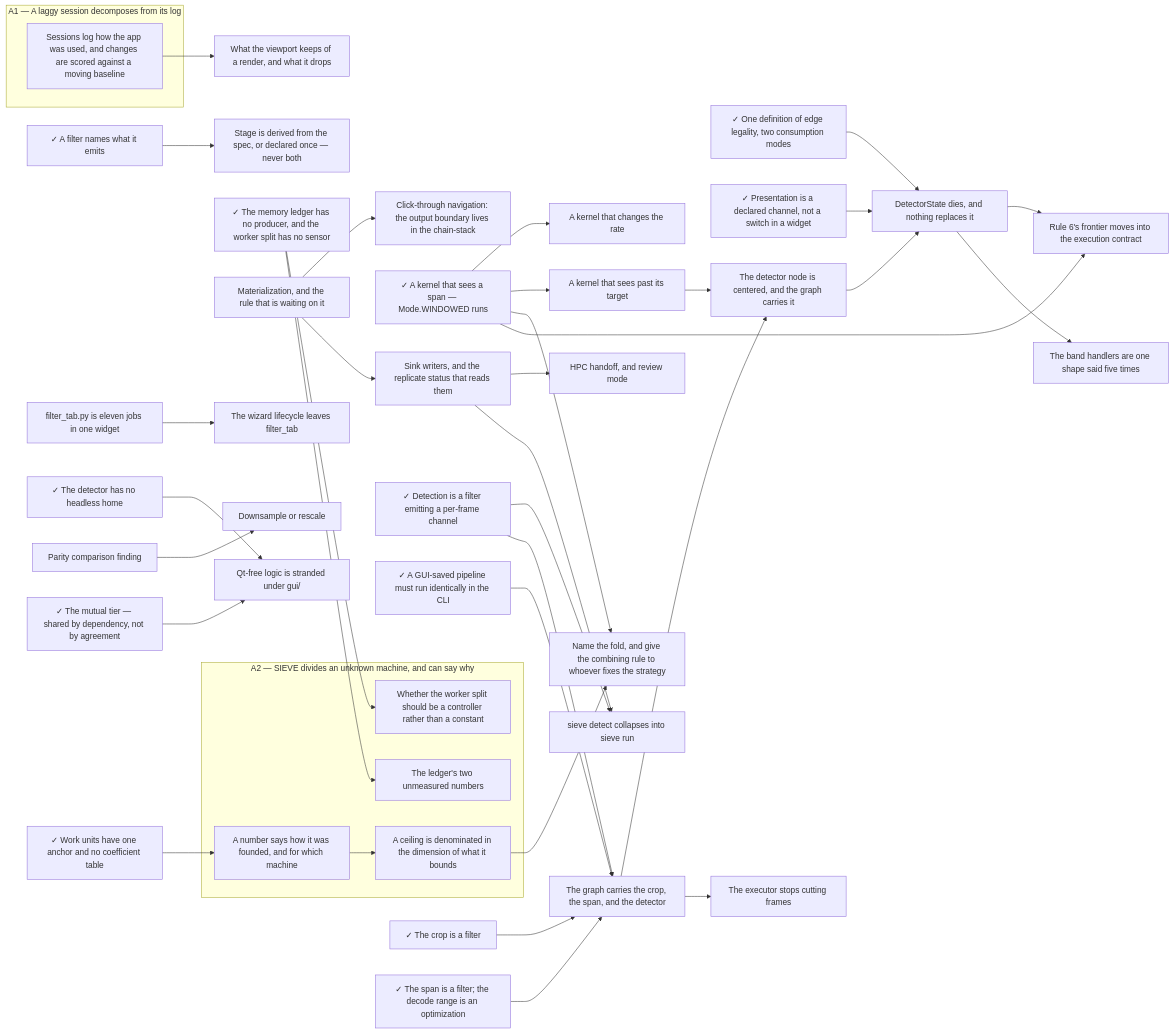
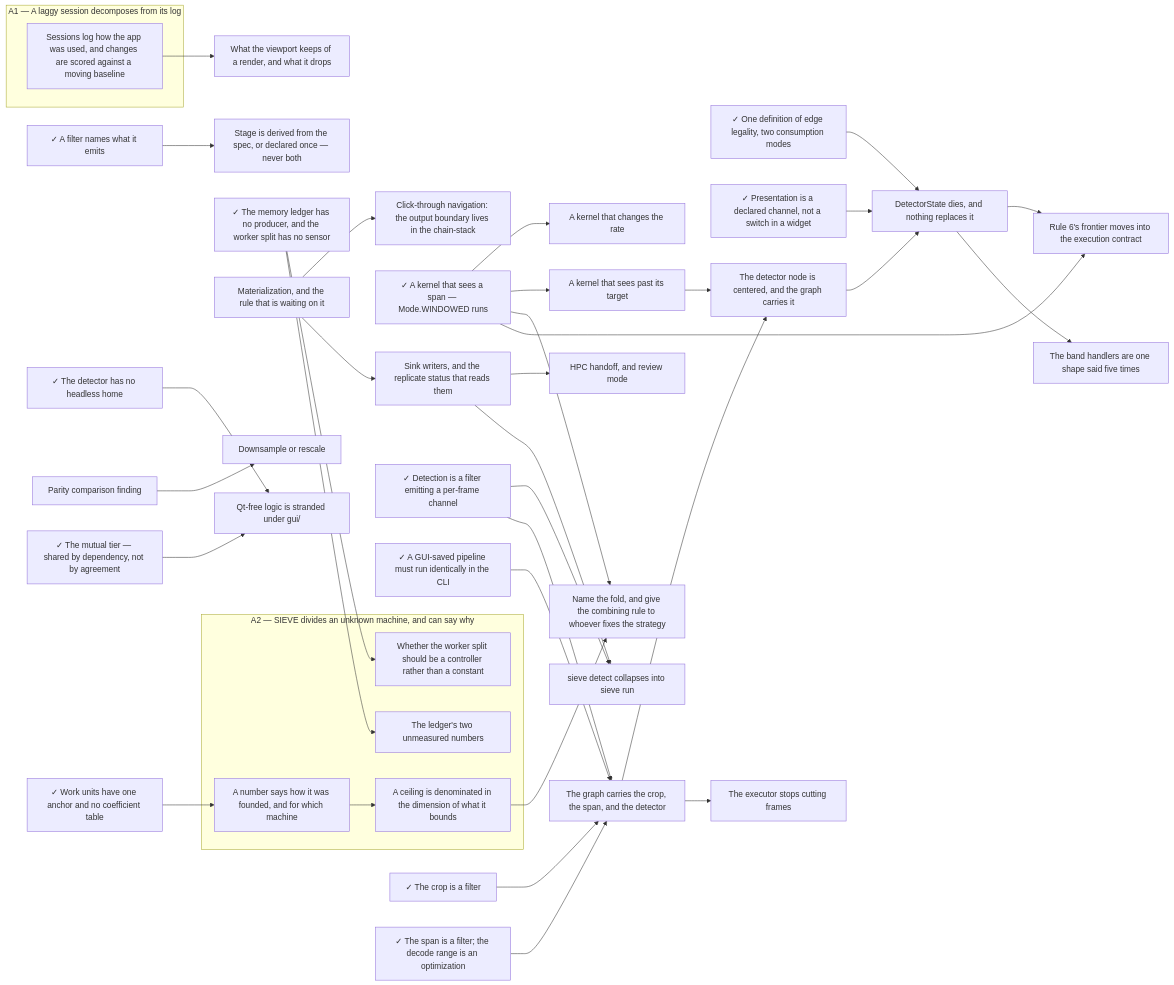
Before and after one commit to soulsynapse/antscihub-SIEVE: the diagram in docs/.state.md, drawn with Mermaid. The commit also changed other lines of this file and 9 other files, not shown here.

First line of the commit message:
refactor(the-wizard-lifecycle-leaves-filter-tab): move wizard lifecycle

````diff
--- a/docs/.state.md
+++ b/docs/.state.md
@@ -107,77 +105,74 @@
 ```mermaid
 graph LR
   subgraph A1["A1 — A laggy session decomposes from its log"]
       slow_path_surfacing["Sessions log how the app was used, and changes are scored against a moving baseline"]
   end
   subgraph A2["A2 — SIEVE divides an unknown machine, and can say why"]
       a_number_says_how_it_was_founded["A number says how it was founded, and for which machine"]
       adaptive_worker_allocation["Whether the worker split should be a controller rather than a constant"]
       ceilings_in_the_dimension_they_bound["A ceiling is denominated in the dimension of what it bounds"]
       ledger_measurements["The ledger's two unmeasured numbers"]
   end
     a_filter_names_what_it_emits["✓ A filter names what it emits"]
     a_kernel_that_changes_the_rate["A kernel that changes the rate"]
     a_kernel_that_sees_a_span["✓ A kernel that sees a span — Mode.WINDOWED runs"]
     a_kernel_that_sees_past_its_target["A kernel that sees past its target"]
     click_through_navigation["Click-through navigation: the output boundary lives in the chain-stack"]
     detection_is_a_filter["✓ Detection is a filter emitting a per-frame channel"]
     detector_state_dies["DetectorState dies, and nothing replaces it"]
     downsample_or_rescale["Downsample or rescale"]
-    filter_tab_is_eleven_jobs["filter_tab.py is eleven jobs in one widget"]
     gui_cli_execution_parity["✓ A GUI-saved pipeline must run identically in the CLI"]
     headless_detection["✓ The detector has no headless home"]
     hpc_handoff_and_review_mode["HPC handoff, and review mode"]
     ledger_producers["✓ The memory ledger has no producer, and the worker split has no sensor"]
     materialization["Materialization, and the rule that is waiting on it"]
     name_the_fold["Name the fold, and give the combining rule to whoever fixes the strategy"]
     one_definition_of_edge_legality["✓ One definition of edge legality, two consumption modes"]
     parity_comparison_finding["Parity comparison finding"]
     presentation_is_a_channel_not_a_switch["✓ Presentation is a declared channel, not a switch in a widget"]
     proxy_retention_policy["What the viewport keeps of a render, and what it drops"]
     qt_free_logic_under_gui["Qt-free logic is stranded under gui/"]
     rule_sixs_frontier_moves_into_the_contract["Rule 6's frontier moves into the execution contract"]
     sieve_detect_collapses_into_sieve_run["sieve detect collapses into sieve run"]
     sink_writers["Sink writers, and the replicate status that reads them"]
     stage_is_derived_or_declared_once["Stage is derived from the spec, or declared once — never both"]
     the_band_handlers_are_one_shape_said_five_times["The band handlers are one shape said five times"]
     the_crop_is_a_filter["✓ The crop is a filter"]
     the_detector_node_is_centered["The detector node is centered, and the graph carries it"]
     the_executor_stops_cutting_frames["The executor stops cutting frames"]
     the_graph_carries_the_crop_the_span_and_the_detector["The graph carries the crop, the span, and the detector"]
     the_mutual_tier["✓ The mutual tier — shared by dependency, not by agreement"]
     the_span_is_a_filter["✓ The span is a filter; the decode range is an optimization"]
-    the_wizard_lifecycle_leaves_filter_tab["The wizard lifecycle leaves filter_tab"]
     work_units_have_one_anchor["✓ Work units have one anchor and no coefficient table"]
     a_kernel_that_sees_a_span --> a_kernel_that_changes_the_rate
     a_kernel_that_sees_a_span --> a_kernel_that_sees_past_its_target
     work_units_have_one_anchor --> a_number_says_how_it_was_founded
     ledger_producers --> adaptive_worker_allocation
     a_number_says_how_it_was_founded --> ceilings_in_the_dimension_they_bound
     materialization --> click_through_navigation
     the_detector_node_is_centered --> detector_state_dies
     one_definition_of_edge_legality --> detector_state_dies
     presentation_is_a_channel_not_a_switch --> detector_state_dies
     parity_comparison_finding --> downsample_or_rescale
     sink_writers --> hpc_handoff_and_review_mode
     ledger_producers --> ledger_measurements
     ceilings_in_the_dimension_they_bound --> name_the_fold
     a_kernel_that_sees_a_span --> name_the_fold
     slow_path_surfacing --> proxy_retention_policy
     headless_detection --> qt_free_logic_under_gui
     the_mutual_tier --> qt_free_logic_under_gui
     a_kernel_that_sees_a_span --> rule_sixs_frontier_moves_into_the_contract
     detector_state_dies --> rule_sixs_frontier_moves_into_the_contract
     detection_is_a_filter --> sieve_detect_collapses_into_sieve_run
     sink_writers --> sieve_detect_collapses_into_sieve_run
     materialization --> sink_writers
     a_filter_names_what_it_emits --> stage_is_derived_or_declared_once
     detector_state_dies --> the_band_handlers_are_one_shape_said_five_times
     the_graph_carries_the_crop_the_span_and_the_detector --> the_detector_node_is_centered
     a_kernel_that_sees_past_its_target --> the_detector_node_is_centered
     the_graph_carries_the_crop_the_span_and_the_detector --> the_executor_stops_cutting_frames
     the_crop_is_a_filter --> the_graph_carries_the_crop_the_span_and_the_detector
     the_span_is_a_filter --> the_graph_carries_the_crop_the_span_and_the_detector
     detection_is_a_filter --> the_graph_carries_the_crop_the_span_and_the_detector
     gui_cli_execution_parity --> the_graph_carries_the_crop_the_span_and_the_detector
-    filter_tab_is_eleven_jobs --> the_wizard_lifecycle_leaves_filter_tab
 ```
````
